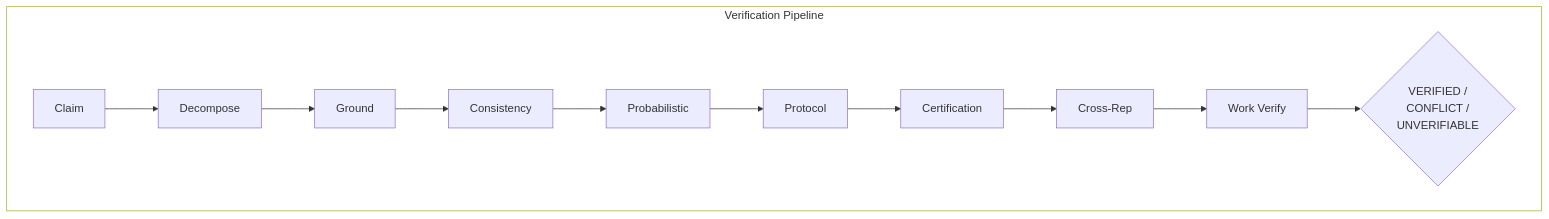
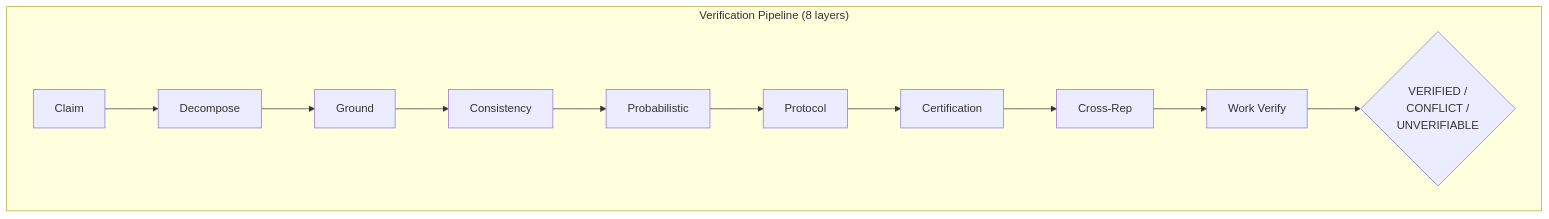
One commit to fabio-rovai/tardygrada changed the first of 3 diagrams in README.md. Above: the diagram before and after it, drawn with Mermaid. The commit also changed other lines of this file and 20 other files, not shown here.

````diff
--- a/README.md
+++ b/README.md
@@ -200,17 +142,15 @@
 ```mermaid
 graph LR
-    subgraph Pipeline["Verification Pipeline"]
+    subgraph Pipeline["Verification Pipeline (8 layers)"]
         direction LR
         C["Claim"] --> D["Decompose"]
         D --> G["Ground"]
         G --> CON["Consistency"]
         CON --> P["Probabilistic"]
         P --> PR["Protocol"]
         PR --> F["Certification"]
         F --> CR["Cross-Rep"]
         CR --> W["Work Verify"]
         W --> V{"VERIFIED /<br>CONFLICT /<br>UNVERIFIABLE"}
     end
-
-    style Pipeline fill:transparent
 ```
````
